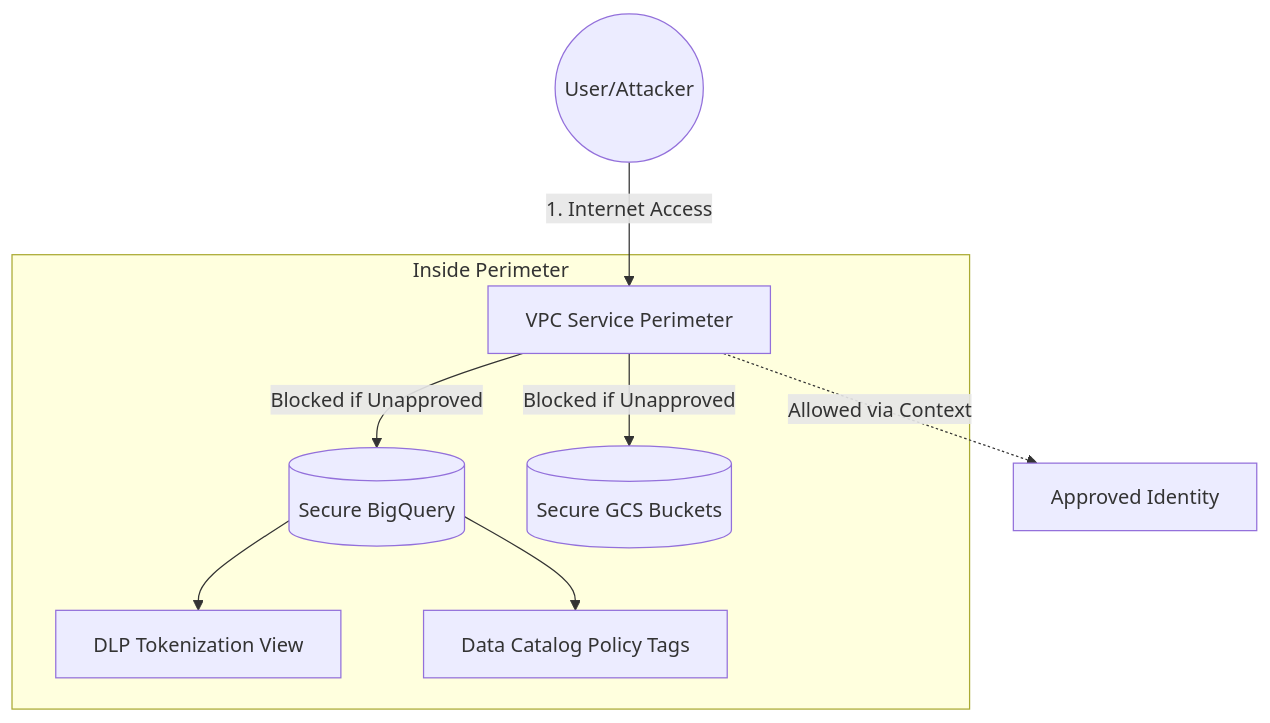
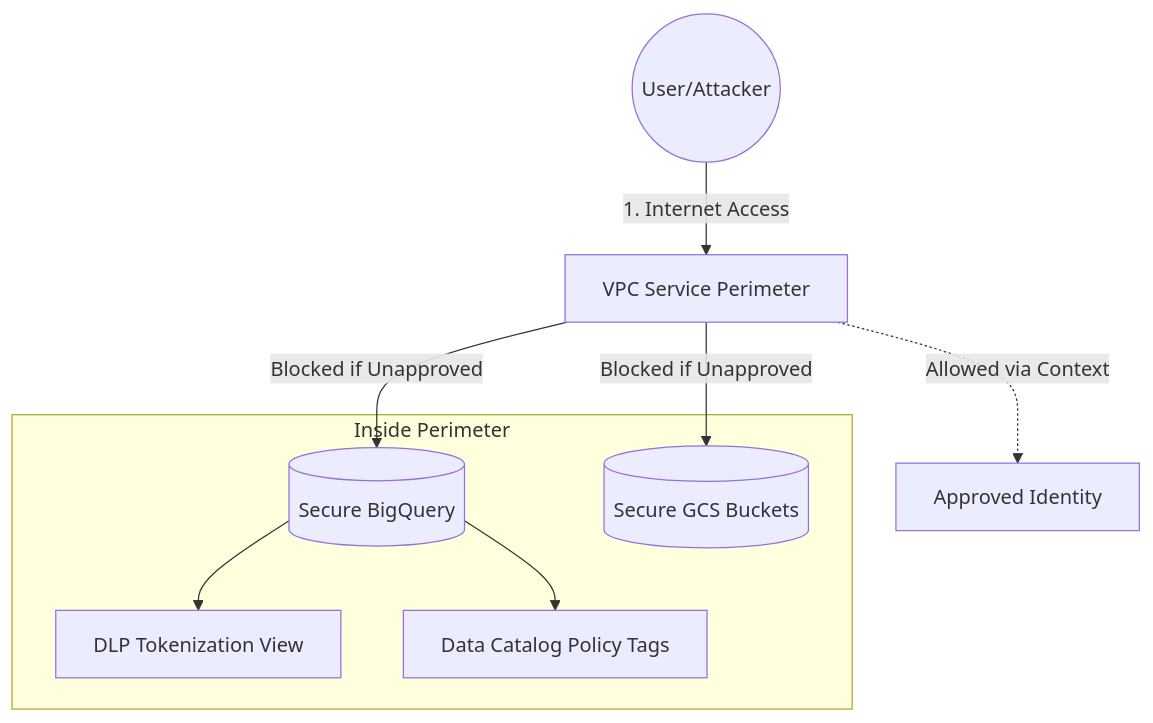
One commit to GCP-Architecture-Guides/data-security changed the diagram in README.md. Above: the diagram before and after it, drawn with Mermaid.

````diff
--- a/README.md
+++ b/README.md
@@ -19,13 +19,14 @@
 ```mermaid
 flowchart TD
     User((User/Attacker)) -->|1. Internet Access| VPC[VPC Service Perimeter]
-    VPC -->|Blocked if Unapproved| BQ[(Secure BigQuery)]    
+    VPC -->|Blocked if Unapproved| BQ[(Secure BigQuery)]
+    VPC -->|Blocked if Unapproved| GCS[(Secure GCS Buckets)]    
     
     subgraph Inside Perimeter
     BQ --> DLP[DLP Tokenization View]
     BQ --> Tags[Data Catalog Policy Tags]
-    VPC -->|Blocked if Unapproved| GCS[(Secure GCS Buckets)]
+    GCS
     end
     
     VPC -.->|Allowed via Context| Admin[Approved Identity]
 ```
````
